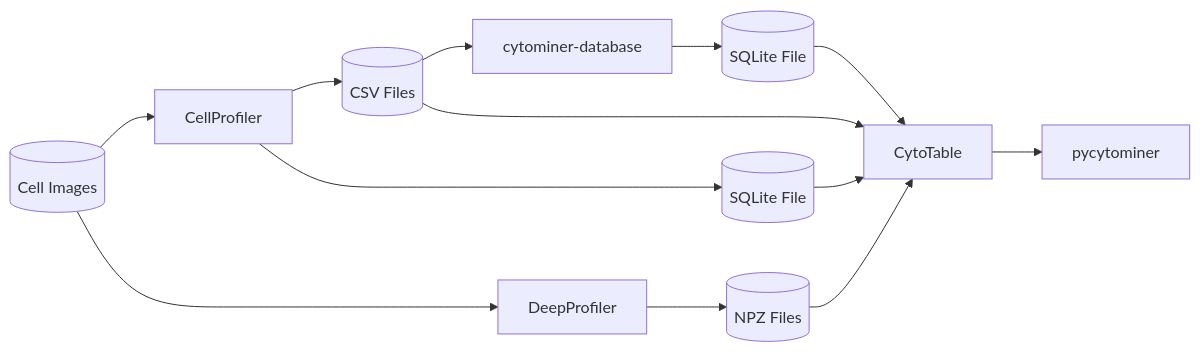
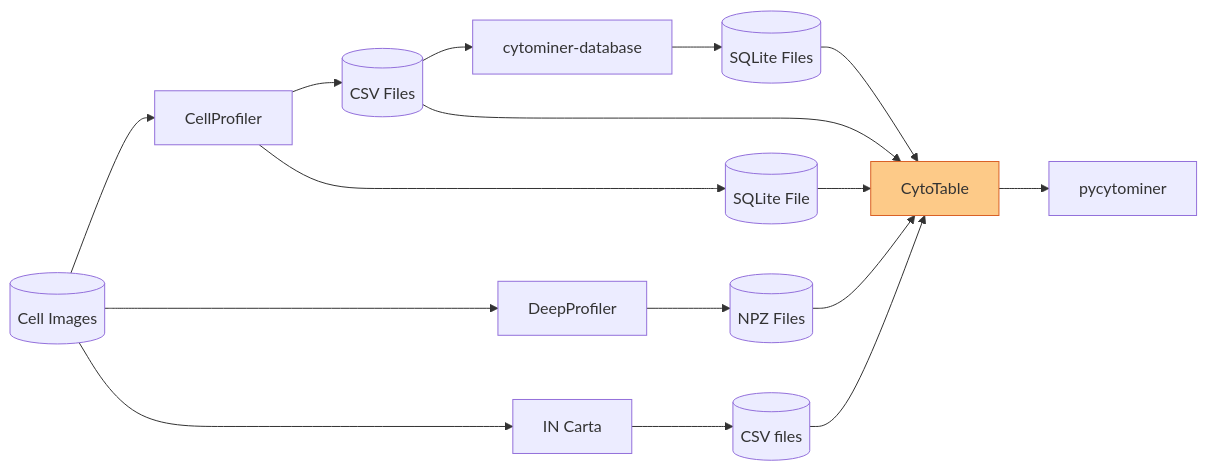
Before and after one commit to cytomining/CytoTable: the diagram in docs/source/_static/dataflow.mmd, drawn with Mermaid. The commit also changed 10 other files, not shown here.

```diff
--- a/docs/source/_static/dataflow.mmd
+++ b/docs/source/_static/dataflow.mmd
@@ -1,25 +1,32 @@
 flowchart LR
 
     images[(Cell Images)]
     CellProfiler
     csv[(CSV Files)]
     DeepProfiler
     npz[(NPZ Files)]
     cytominer-database
-    sqlite[(SQLite File)]
+    sqlite[(SQLite Files)]
     cp_sqlite[(SQLite File)]
+    in_carta[IN Carta]
+    ic_csv[(CSV files)]
     pycytominer
     CytoTable
 
     images --> CellProfiler
     images --> DeepProfiler
+     images --> in_carta
     CellProfiler --> csv
     CellProfiler --> cp_sqlite
     DeepProfiler --> npz
     csv --> cytominer-database
     cytominer-database --> sqlite
+    in_carta --> ic_csv
     csv --> CytoTable
     npz --> CytoTable
     sqlite --> CytoTable
     cp_sqlite --> CytoTable
+    ic_csv --> CytoTable
     CytoTable --> pycytominer
+
+    style CytoTable fill:#FDCA88,stroke:#D96026;
```
